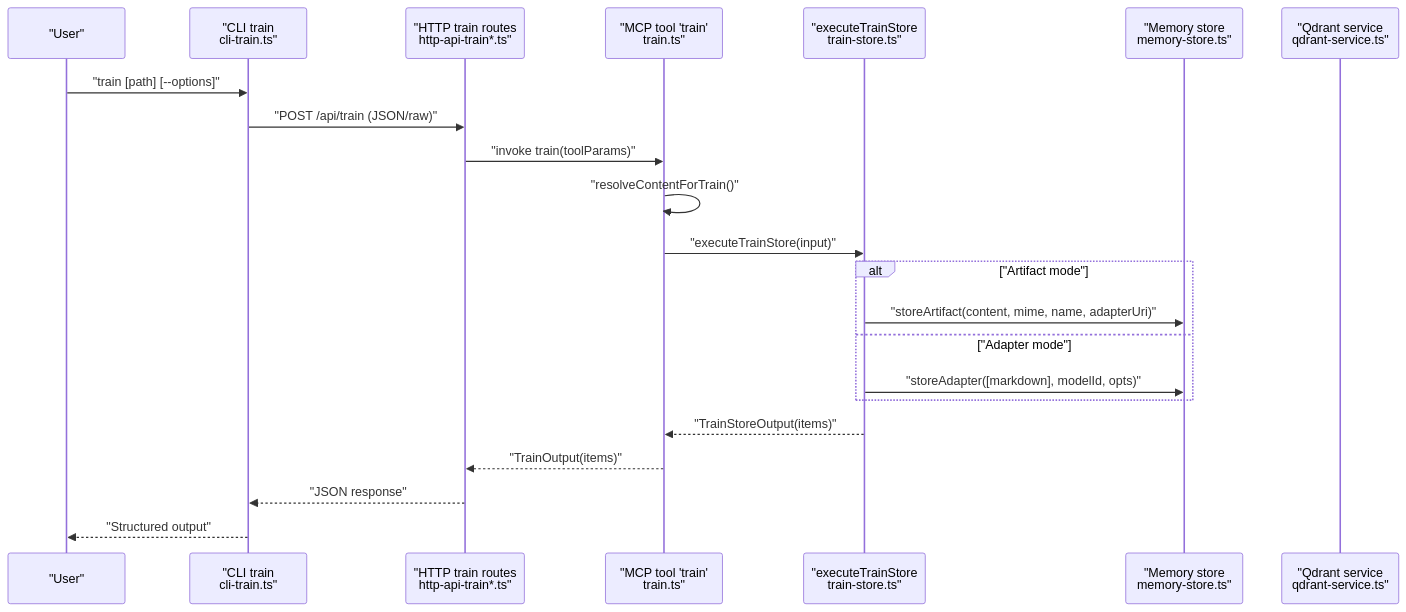
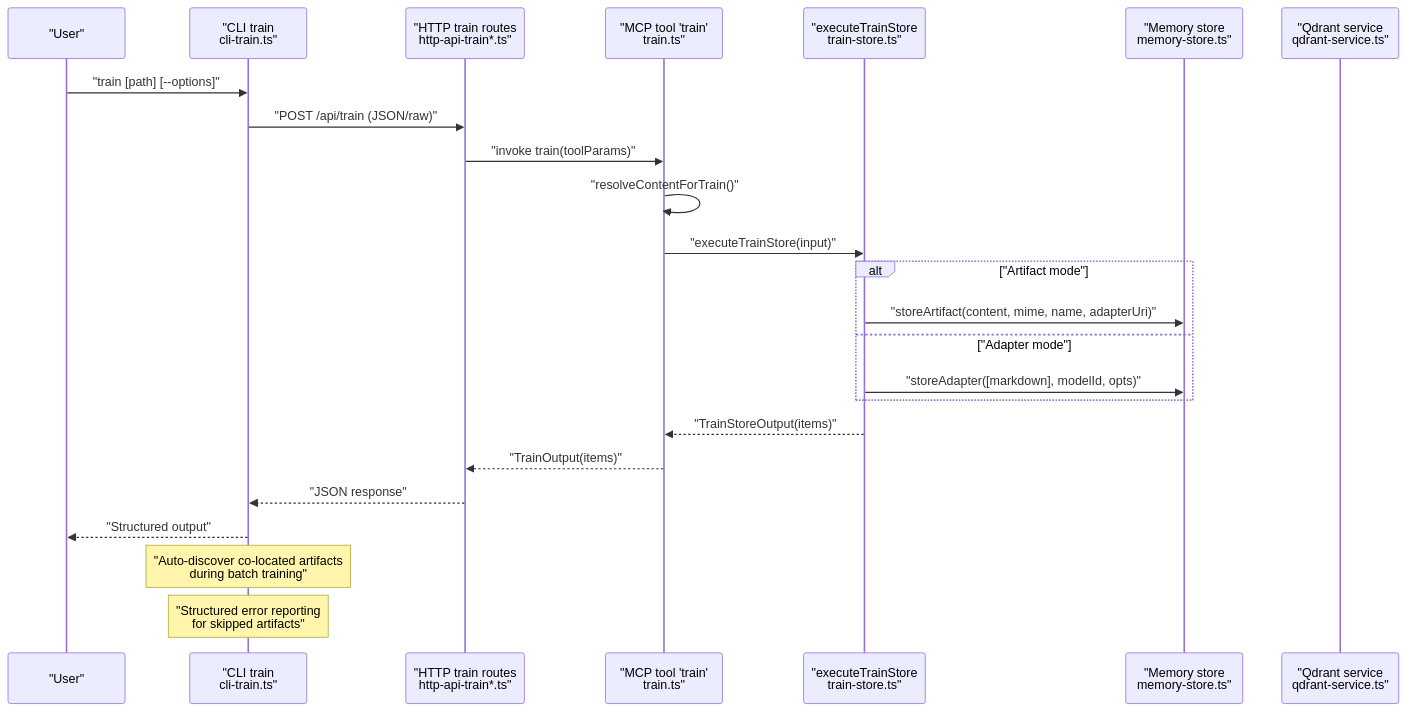
Before and after one commit to debian777/kairos-mcp: the second of 8 diagrams in .qoder/repowiki/en/content/User Interfaces/CLI Interface/Training Commands.md, drawn with Mermaid. The commit also changed other lines of this file and 16 other files, not shown here.

````diff
--- a/.qoder/repowiki/en/content/User Interfaces/CLI Interface/Training Commands.md
+++ b/.qoder/repowiki/en/content/User Interfaces/CLI Interface/Training Commands.md
@@ -139,24 +159,26 @@
 ```mermaid
 sequenceDiagram
 participant User as "User"
 participant CLI as "CLI train<br/>cli-train.ts"
 participant HTTP as "HTTP train routes<br/>http-api-train*.ts"
 participant Tool as "MCP tool 'train'<br/>train.ts"
 participant Store as "executeTrainStore<br/>train-store.ts"
 participant Mem as "Memory store<br/>memory-store.ts"
 participant Qdr as "Qdrant service<br/>qdrant-service.ts"
 User->>CLI : "train [path] [--options]"
 CLI->>HTTP : "POST /api/train (JSON/raw)"
 HTTP->>Tool : "invoke train(toolParams)"
 Tool->>Tool : "resolveContentForTrain()"
 Tool->>Store : "executeTrainStore(input)"
 alt "Artifact mode"
 Store->>Mem : "storeArtifact(content, mime, name, adapterUri)"
 else "Adapter mode"
 Store->>Mem : "storeAdapter([markdown], modelId, opts)"
 end
 Store-->>Tool : "TrainStoreOutput(items)"
 Tool-->>HTTP : "TrainOutput(items)"
 HTTP-->>CLI : "JSON response"
 CLI-->>User : "Structured output"
+Note over CLI : "Auto-discover co-located artifacts<br/>during batch training"
+Note over CLI : "Structured error reporting<br/>for skipped artifacts"
 ```
````
